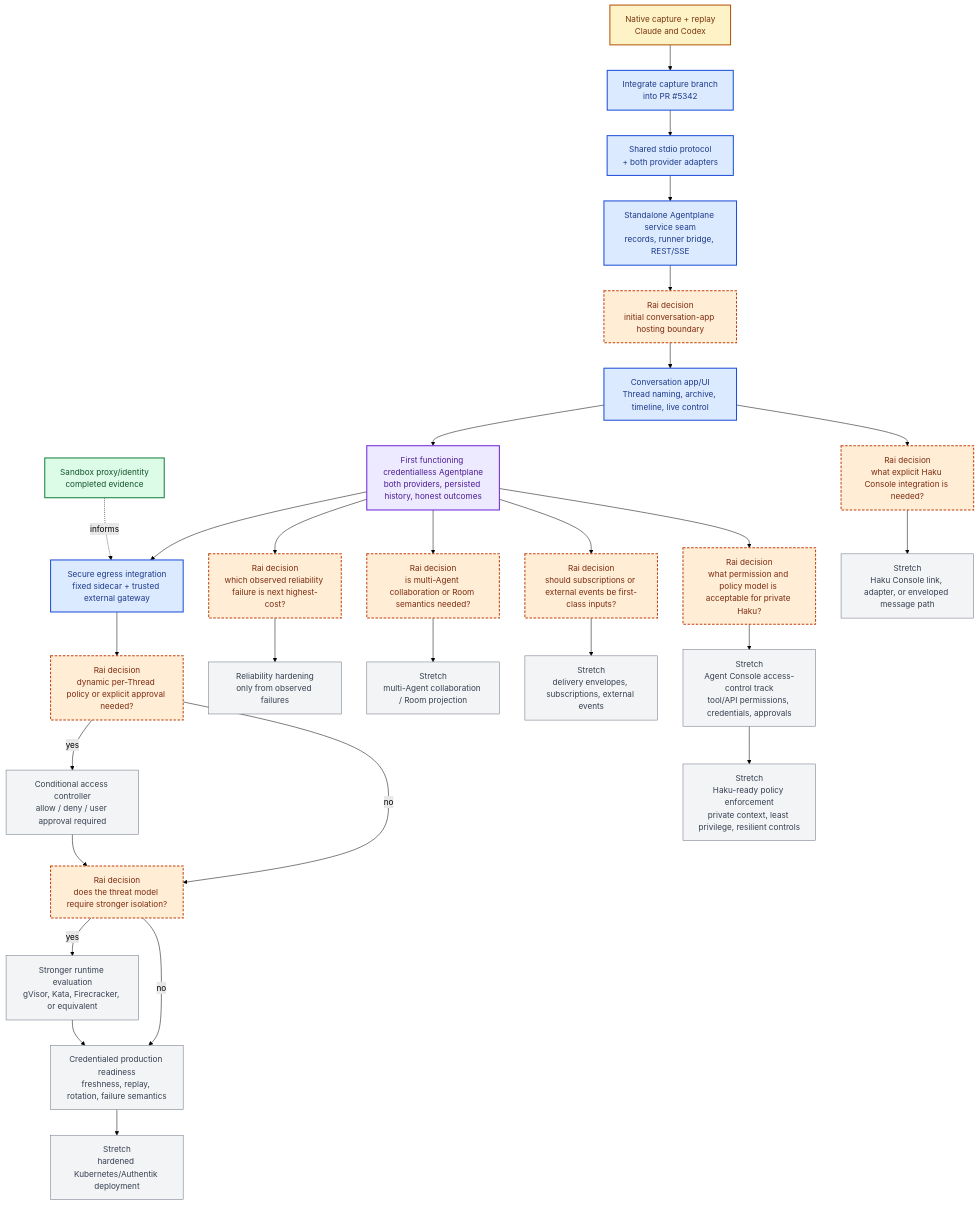
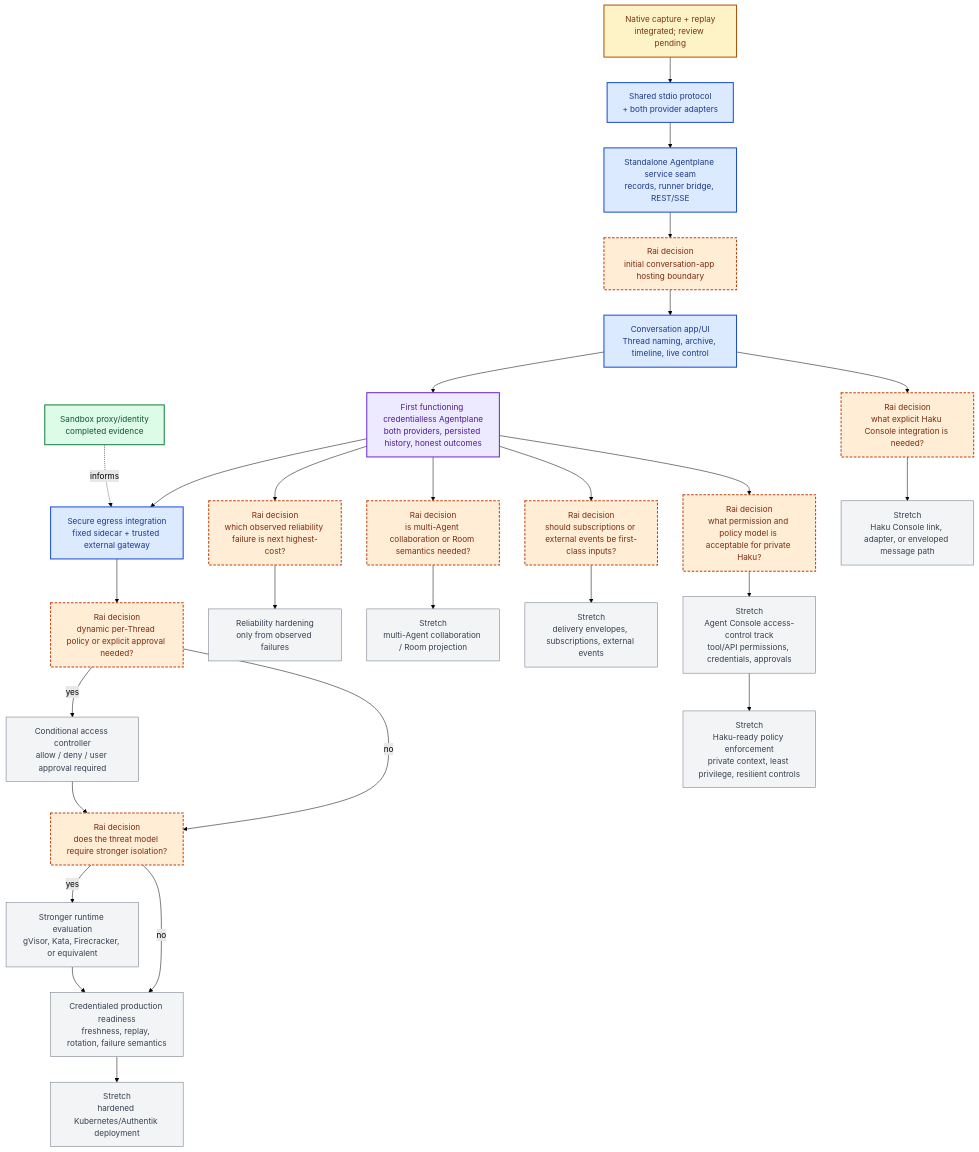
One commit to agentydragon-agent/ducktape changed the diagram in x/agentplane/plans/task_dag.md. Above: the diagram before and after it, drawn with Mermaid (forest theme). The commit also changed other lines of this file, not shown here.

Commit message:
docs: mark capture integration complete

````diff
--- a/x/agentplane/plans/task_dag.md
+++ b/x/agentplane/plans/task_dag.md
@@ -30,53 +29,52 @@
 ```mermaid
 flowchart TB
     classDef completed fill:#dcfce7,stroke:#15803d,color:#14532d,stroke-width:2px
     classDef captureComplete fill:#fef3c7,stroke:#b45309,color:#78350f,stroke-width:2px
     classDef next fill:#dbeafe,stroke:#1d4ed8,color:#1e3a8a,stroke-width:2px
     classDef milestone fill:#ede9fe,stroke:#6d28d9,color:#4c1d95,stroke-width:2px
     classDef decision fill:#ffedd5,stroke:#c2410c,color:#7c2d12,stroke-width:2px,stroke-dasharray:5 3
     classDef future fill:#f3f4f6,stroke:#6b7280,color:#374151
 
     S0["Sandbox proxy/identity<br/>completed evidence"]:::completed
-    A["Native capture + replay<br/>Claude and Codex"]:::captureComplete
-    I["Integrate capture branch<br/>into PR #5342"]:::next
+    A["Native capture + replay<br/>integrated; review pending"]:::captureComplete
     B["Shared stdio protocol<br/>+ both provider adapters"]:::next
     C["Standalone Agentplane service seam<br/>records, runner bridge, REST/SSE"]:::next
     D["Rai decision<br/>initial conversation-app hosting boundary"]:::decision
     E["Conversation app/UI<br/>Thread naming, archive, timeline, live control"]:::next
     F["First functioning credentialless Agentplane<br/>both providers, persisted history, honest outcomes"]:::milestone
 
     J["Secure egress integration<br/>fixed sidecar + trusted external gateway"]:::next
     P["Rai decision<br/>dynamic per-Thread policy or explicit approval needed?"]:::decision
     K["Conditional access controller<br/>allow / deny / user approval required"]:::future
     R["Rai decision<br/>does the threat model require stronger isolation?"]:::decision
     L["Credentialed production readiness<br/>freshness, replay, rotation, failure semantics"]:::future
     V["Stronger runtime evaluation<br/>gVisor, Kata, Firecracker, or equivalent"]:::future
 
     Q["Rai decision<br/>which observed reliability failure is next highest-cost?"]:::decision
     M["Reliability hardening<br/>only from observed failures"]:::future
 
     H["Rai decision<br/>is multi-Agent collaboration or Room semantics needed?"]:::decision
     N["Stretch<br/>multi-Agent collaboration / Room projection"]:::future
     X["Rai decision<br/>should subscriptions or external events be first-class inputs?"]:::decision
     Y["Stretch<br/>delivery envelopes, subscriptions, external events"]:::future
     Z["Rai decision<br/>what explicit Haku Console integration is needed?"]:::decision
     U["Stretch<br/>Haku Console link, adapter, or enveloped message path"]:::future
     AA["Rai decision<br/>what permission and policy model is acceptable for private Haku?"]:::decision
     AB["Stretch<br/>Agent Console access-control track<br/>tool/API permissions, credentials, approvals"]:::future
     AC["Stretch<br/>Haku-ready policy enforcement<br/>private context, least privilege, resilient controls"]:::future
     W["Stretch<br/>hardened Kubernetes/Authentik deployment"]:::future
 
-    A --> I --> B --> C --> D --> E --> F
+    A --> B --> C --> D --> E --> F
     F --> J --> P
     P -->|yes| K --> R
     P -->|no| R
     R -->|yes| V --> L
     R -->|no| L
     F --> Q --> M
     F --> H --> N
     F --> X --> Y
     E --> Z --> U
     F --> AA --> AB --> AC
     L --> W
     S0 -. informs .-> J
 ```
````
